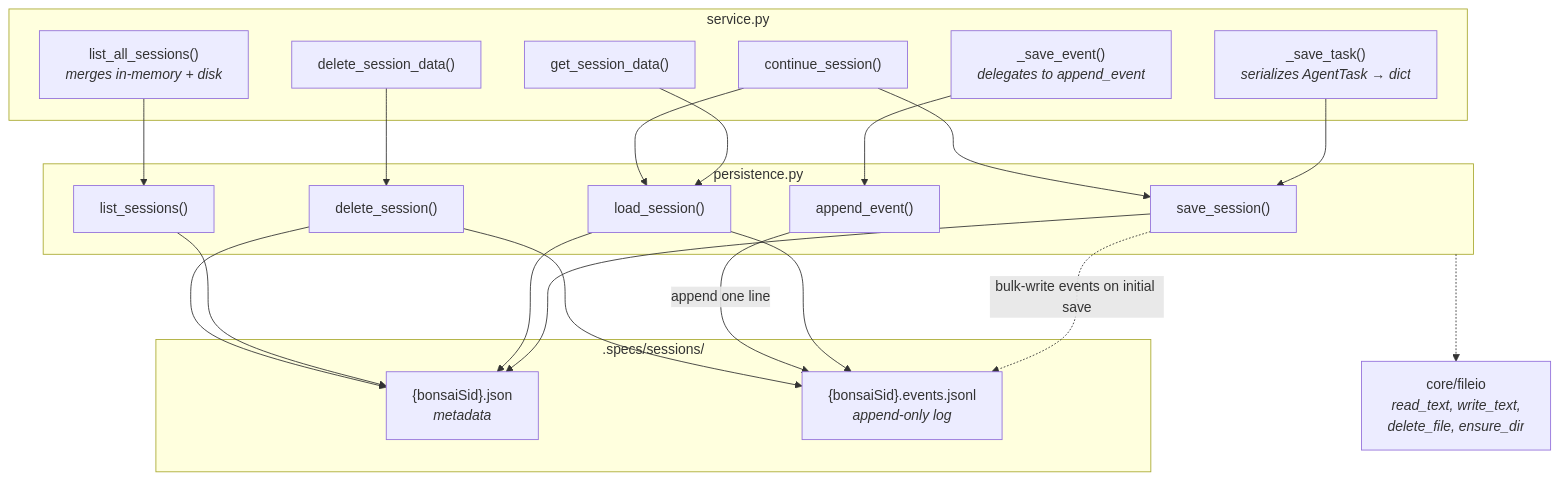
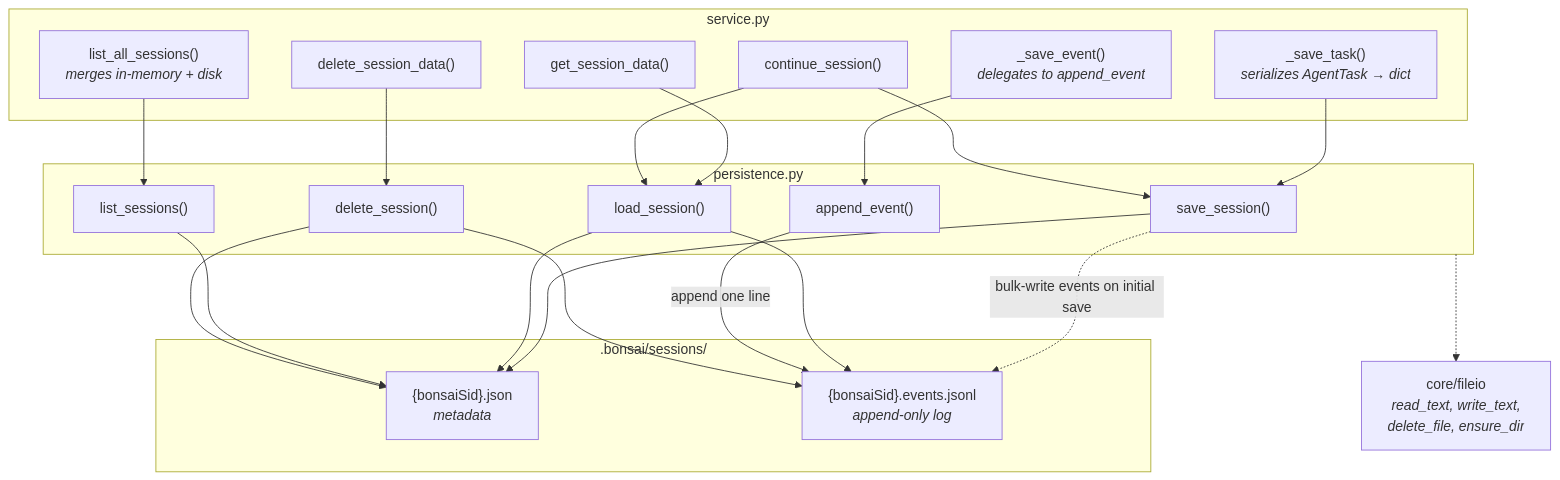
One commit to JetBrains/thinkrail changed the diagram in backend/app/agent/PERSISTENCE.md. Above: the diagram before and after it, drawn with Mermaid. The commit also changed other lines of this file and 53 other files, not shown here.

Commit message:
.specs -> .bonsai

````diff
--- a/backend/app/agent/PERSISTENCE.md
+++ b/backend/app/agent/PERSISTENCE.md
@@ -13,43 +13,43 @@
 ```mermaid
 graph TD
     subgraph Service["service.py"]
         SaveTask["_save_task()<br/><i>serializes AgentTask → dict</i>"]
         SaveEvent["_save_event()<br/><i>delegates to append_event</i>"]
         ListAll["list_all_sessions()<br/><i>merges in-memory + disk</i>"]
         GetData["get_session_data()"]
         DelData["delete_session_data()"]
         Continue["continue_session()"]
     end
 
     subgraph Persistence["persistence.py"]
         Save["save_session()"]
         Load["load_session()"]
         ListDisk["list_sessions()"]
         Append["append_event()"]
         Delete["delete_session()"]
     end
 
-    subgraph Disk[".specs/sessions/"]
+    subgraph Disk[".bonsai/sessions/"]
         Meta["{bonsaiSid}.json<br/><i>metadata</i>"]
         Events["{bonsaiSid}.events.jsonl<br/><i>append-only log</i>"]
     end
 
     SaveTask --> Save
     SaveEvent --> Append
     ListAll --> ListDisk
     GetData --> Load
     DelData --> Delete
     Continue --> Load
     Continue --> Save
 
     Save --> Meta
     Save -.->|bulk-write events on initial save| Events
     Load --> Meta
     Load --> Events
     ListDisk --> Meta
     Append -->|append one line| Events
     Delete --> Meta
     Delete --> Events
 
     Persistence -.-> FileIO["core/fileio<br/><i>read_text, write_text,<br/>delete_file, ensure_dir</i>"]
 ```
````
